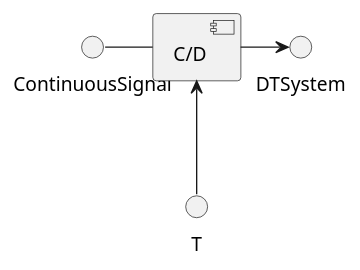
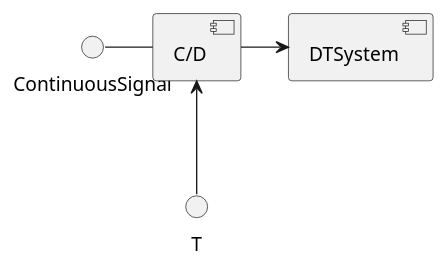
The diagram in Engineering/Signal-Processing/Digital signal processing.md (ashwinreddy/wiki), drawn with PlantUML before and after one commit.

Commit message:
Updated Digital signal processing.md (markdown)

```diff
--- a/Engineering/Signal-Processing/Digital signal processing.md
+++ b/Engineering/Signal-Processing/Digital signal processing.md
@@ -6,5 +6,5 @@
 @startuml
 ContinuousSignal - [C/D]
 [C/D] <-- T
-[C/D] -> DTSystem
+[C/D] -> [DTSystem]
 @enduml
```
